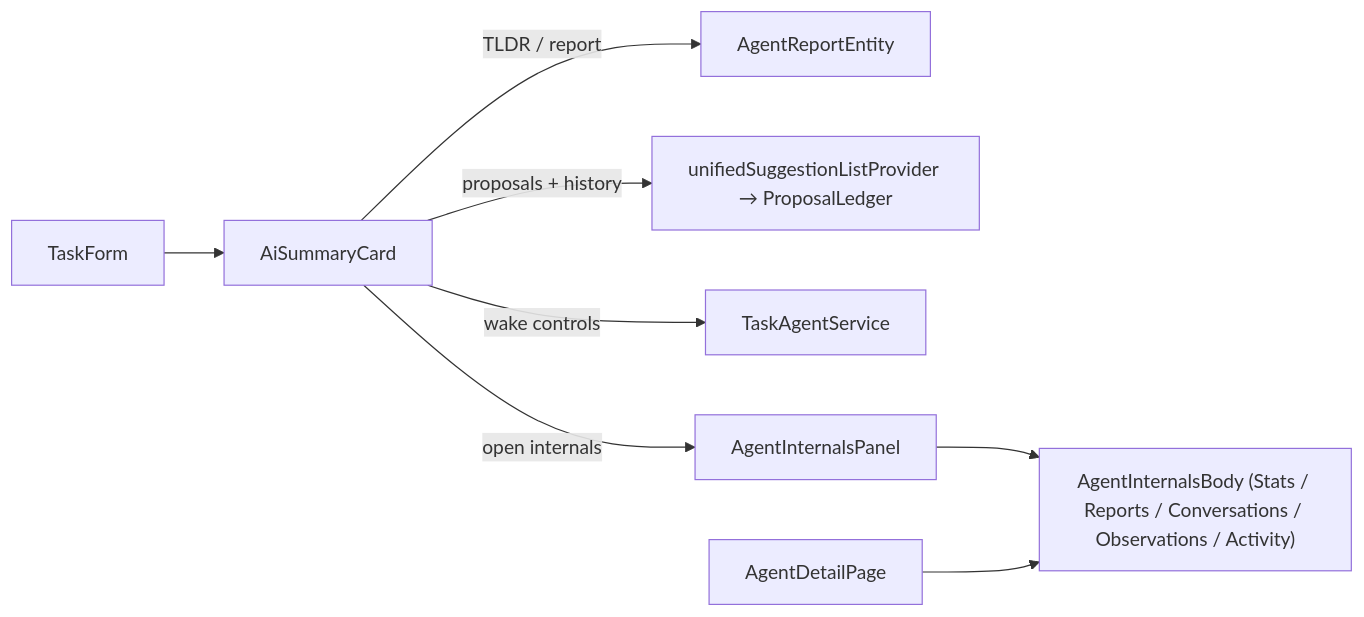
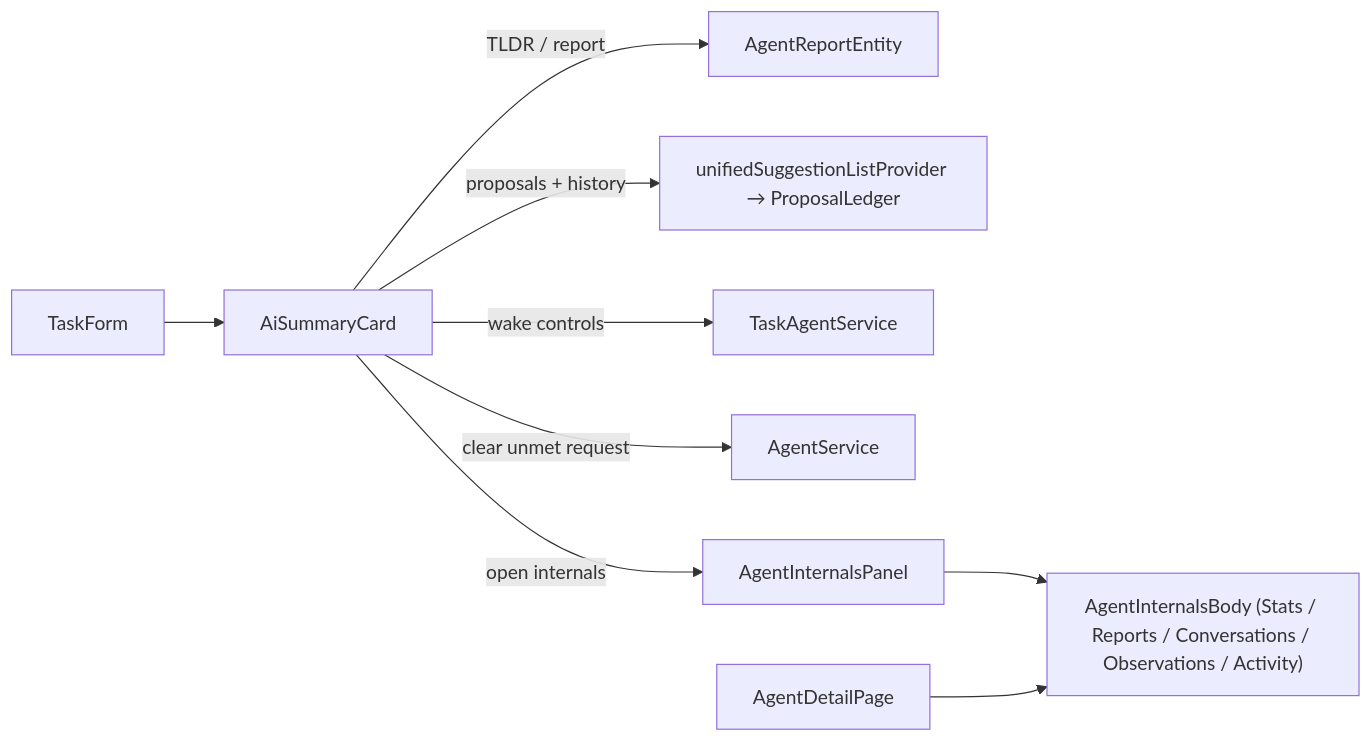
The first of 8 diagrams in knowledge/features/agents/ui-surfaces.md (matthiasn/lotti), drawn with Mermaid before and after one commit. The commit also changed other lines of this file and 69 other files, not shown here.

First line of the commit message:
feat(agents): the task card says when the agent could not do what you asked

````diff
--- a/knowledge/features/agents/ui-surfaces.md
+++ b/knowledge/features/agents/ui-surfaces.md
@@ -77,10 +81,11 @@
 ```mermaid
 flowchart LR
   Form["TaskForm"] --> Card["AiSummaryCard"]
   Card -->|TLDR / report| Report["AgentReportEntity"]
   Card -->|proposals + history| Ledger["unifiedSuggestionListProvider → ProposalLedger"]
   Card -->|wake controls| Service["TaskAgentService"]
+  Card -->|clear unmet request| AgentSvc["AgentService"]
   Card -->|open internals| Panel["AgentInternalsPanel"]
   Panel --> Body["AgentInternalsBody (Stats / Reports / Conversations / Observations / Activity)"]
   DetailPage["AgentDetailPage"] --> Body
 ```
````
